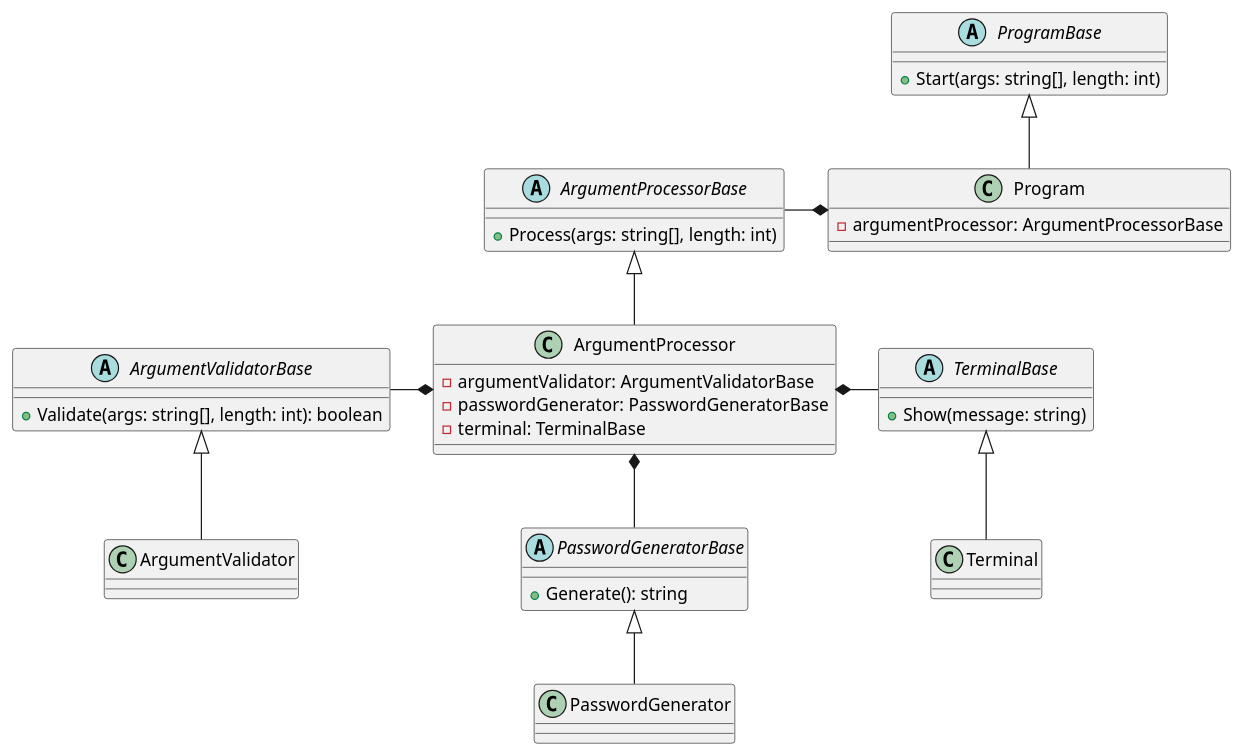
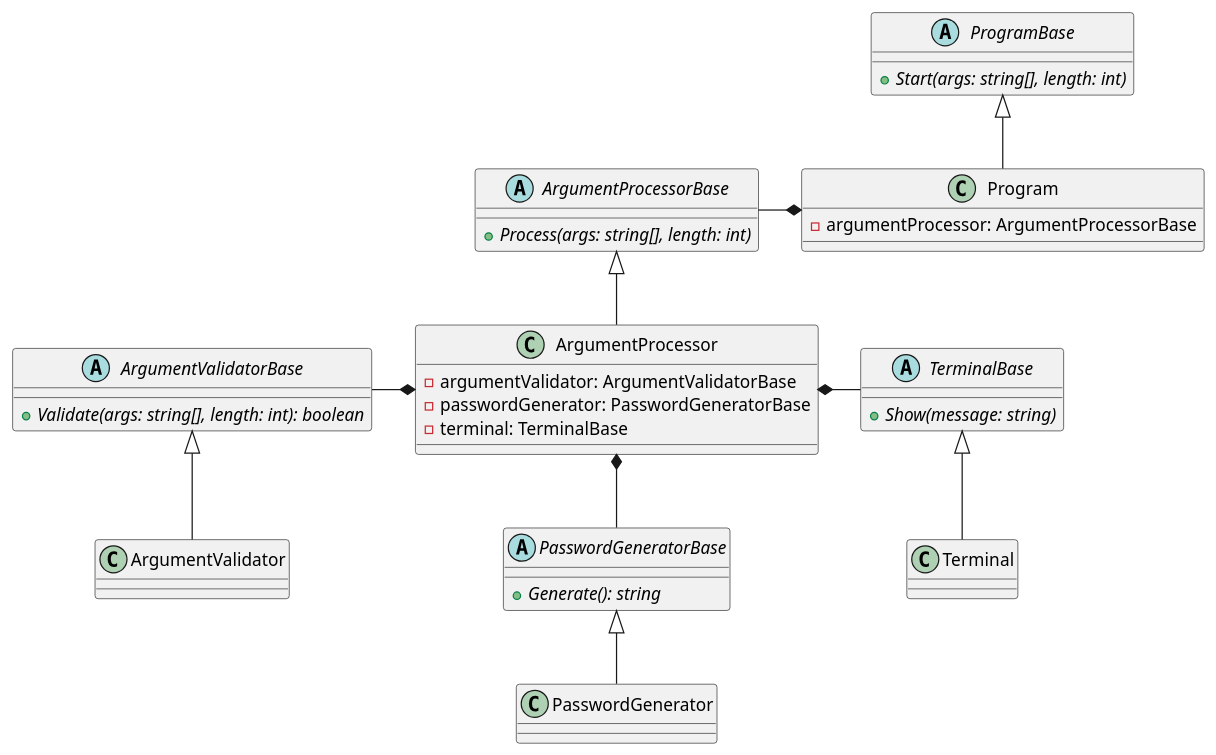
The diagram in diagrams/Class.puml (djvelimir/demo-cpp-cli), drawn with PlantUML before and after one commit. The commit also changed 1 other file, not shown here.

Commit message:
Update diagrams

```diff
--- a/diagrams/Class.puml
+++ b/diagrams/Class.puml
@@ -1,52 +1,52 @@
 @startuml class
 abstract class ProgramBase {
-    + Start(args: string[], length: int)
+    + {abstract} Start(args: string[], length: int)
 }
 
 class Program {
     - argumentProcessor: ArgumentProcessorBase
 }
 
 abstract class ArgumentValidatorBase {
-    + Validate(args: string[], length: int): boolean
+    + {abstract} Validate(args: string[], length: int): boolean
 }
 
 class ArgumentValidator {
 }
 
 abstract class ArgumentProcessorBase {
-    + Process(args: string[], length: int)
+    + {abstract} Process(args: string[], length: int)
 }
 
 class ArgumentProcessor {
     - argumentValidator: ArgumentValidatorBase
     - passwordGenerator: PasswordGeneratorBase
     - terminal: TerminalBase
 }
 
 abstract class TerminalBase {
-    + Show(message: string)
+    + {abstract} Show(message: string)
 }
 
 class Terminal {
 }
 
 abstract class PasswordGeneratorBase {
-    + Generate(): string
+    + {abstract} Generate(): string
 }
 
 class PasswordGenerator {
 }
 
 ArgumentValidatorBase <|-- ArgumentValidator
 ArgumentProcessorBase <|-- ArgumentProcessor
 TerminalBase <|-- Terminal
 PasswordGeneratorBase <|-- PasswordGenerator
 ProgramBase <|-- Program
 
 Program *--l ArgumentProcessorBase
 
 ArgumentProcessor *--l ArgumentValidatorBase
 ArgumentProcessor *--d PasswordGeneratorBase
 ArgumentProcessor *--r TerminalBase
 @enduml
```
